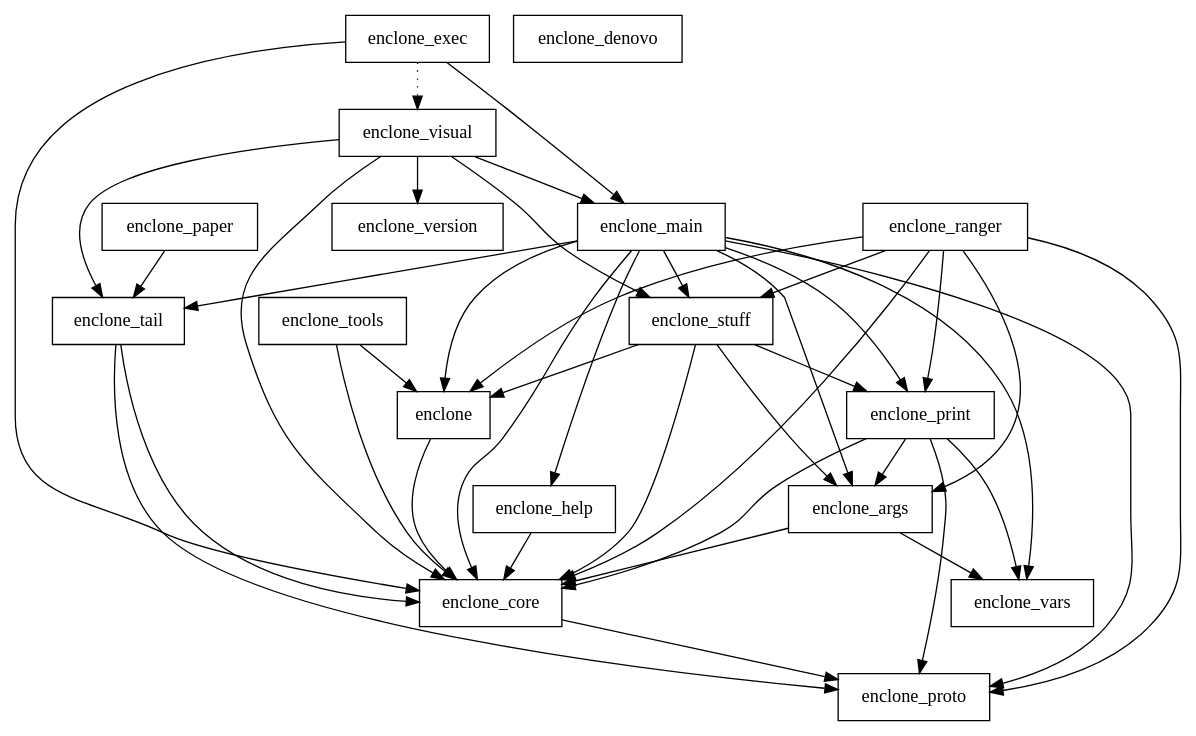
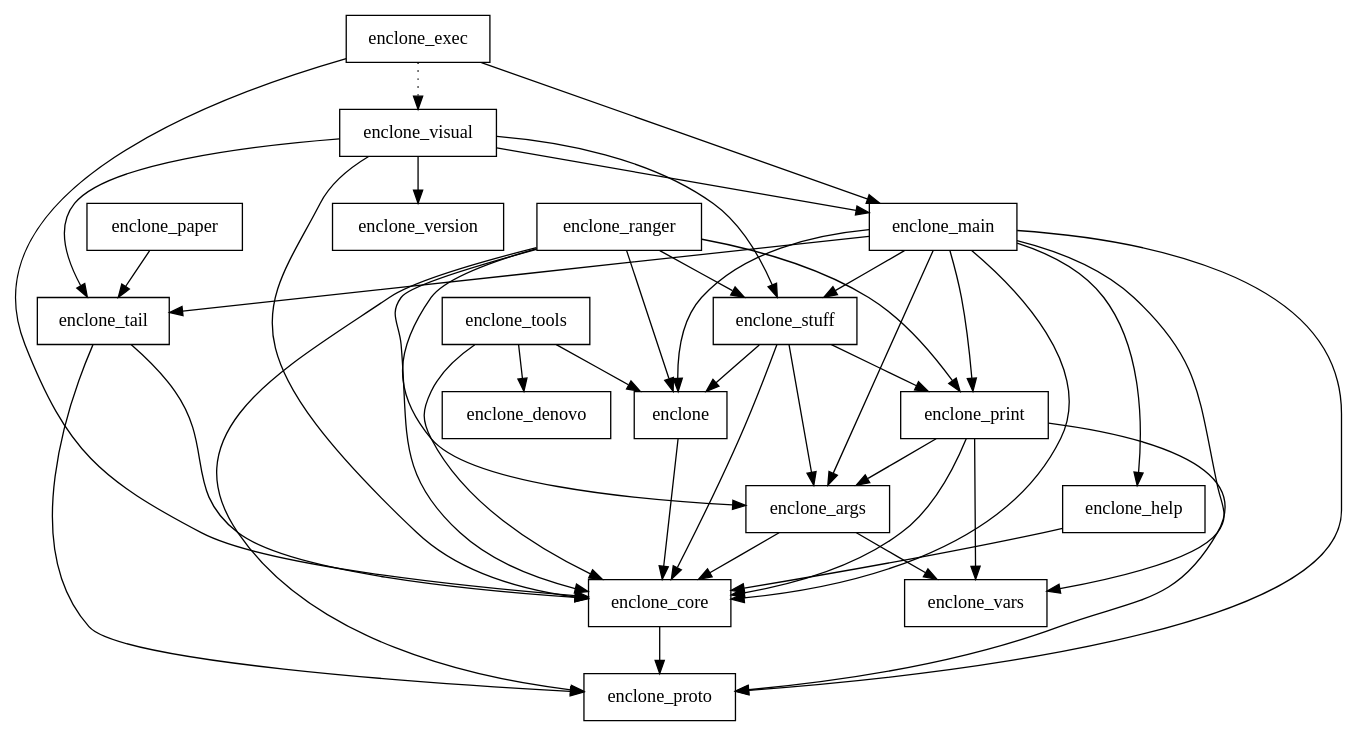
One commit to 10XGenomics/enclone changed the diagram in crates.dot. Above: the diagram before and after it, drawn with Graphviz. The commit also changed 86 other files, not shown here.

```diff
--- a/crates.dot
+++ b/crates.dot
@@ -1,60 +1,61 @@
 digraph {
     0 [ label = "enclone" shape = box]
     1 [ label = "enclone_core" shape = box]
     2 [ label = "enclone_proto" shape = box]
     3 [ label = "enclone_args" shape = box]
     4 [ label = "enclone_vars" shape = box]
     5 [ label = "enclone_denovo" shape = box]
     6 [ label = "enclone_exec" shape = box]
     7 [ label = "enclone_main" shape = box]
     8 [ label = "enclone_help" shape = box]
     9 [ label = "enclone_print" shape = box]
     10 [ label = "enclone_stuff" shape = box]
     11 [ label = "enclone_tail" shape = box]
     12 [ label = "enclone_visual" shape = box]
     13 [ label = "enclone_version" shape = box]
     14 [ label = "enclone_ranger" shape = box]
     15 [ label = "enclone_tools" shape = box]
     16 [ label = "enclone_paper" shape = box]
     0 -> 1 [ ]
     1 -> 2 [ ]
     3 -> 1 [ ]
     3 -> 4 [ ]
     6 -> 1 [ ]
     6 -> 7 [ ]
     6 -> 12 [ style = dotted]
     7 -> 0 [ ]
     7 -> 3 [ ]
     7 -> 1 [ ]
     7 -> 8 [ ]
     7 -> 9 [ ]
     7 -> 2 [ ]
     7 -> 10 [ ]
     7 -> 11 [ ]
     7 -> 4 [ ]
     8 -> 1 [ ]
     9 -> 3 [ ]
     9 -> 1 [ ]
     9 -> 2 [ ]
     9 -> 4 [ ]
     10 -> 0 [ ]
     10 -> 3 [ ]
     10 -> 1 [ ]
     10 -> 9 [ ]
     11 -> 1 [ ]
     11 -> 2 [ ]
     12 -> 1 [ ]
     12 -> 7 [ ]
     12 -> 10 [ ]
     12 -> 11 [ ]
     12 -> 13 [ ]
     14 -> 0 [ ]
     14 -> 3 [ ]
     14 -> 1 [ ]
     14 -> 9 [ ]
     14 -> 2 [ ]
     14 -> 10 [ ]
     15 -> 0 [ ]
     15 -> 1 [ ]
+    15 -> 5 [ ]
     16 -> 11 [ ]
 }
```
